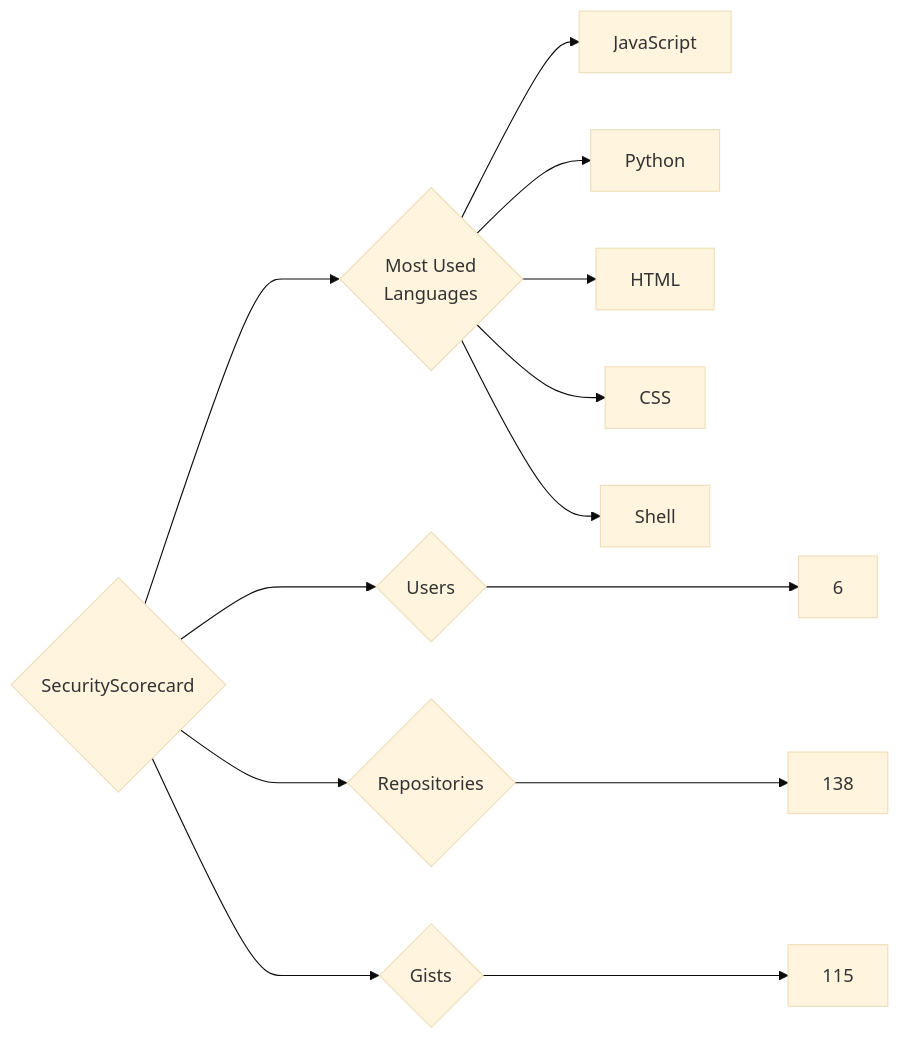
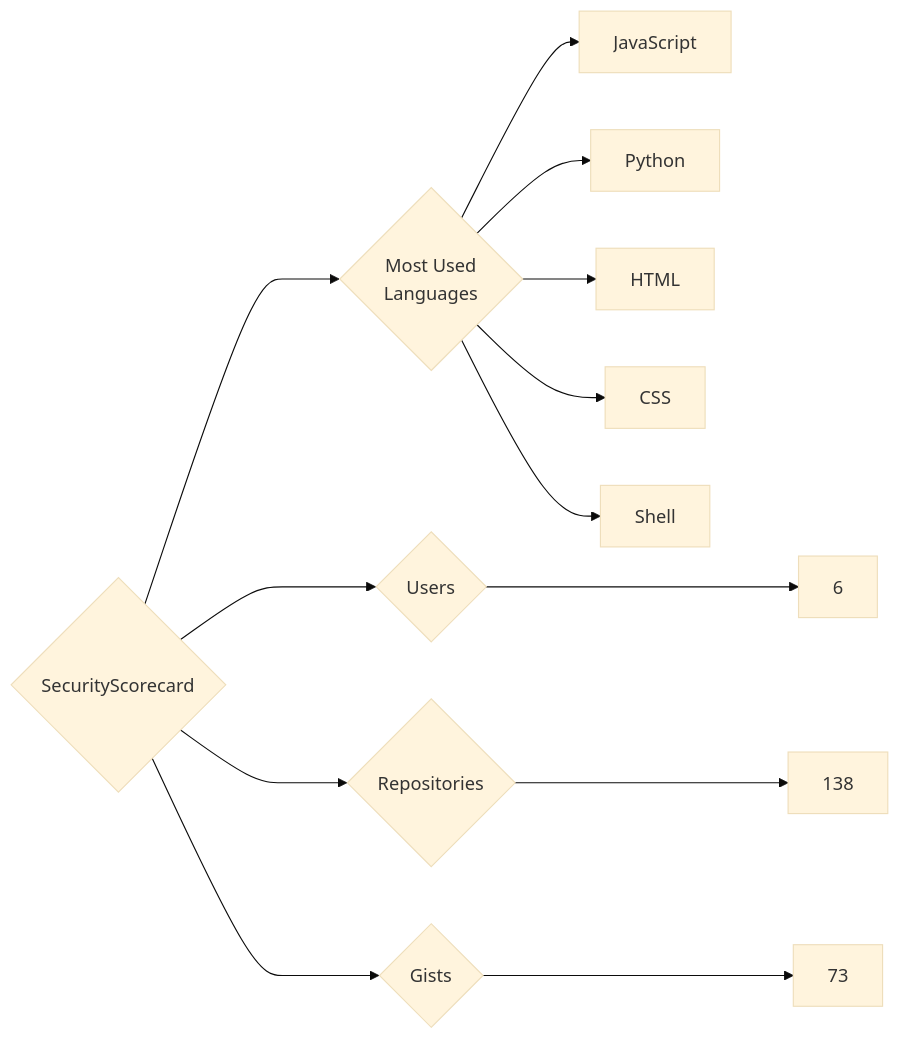
One commit to trickest/insiders changed the diagram in targets/SecurityScorecard/README.md. Above: the diagram before and after it, drawn with Mermaid (base theme). The commit also changed 953 other files, not shown here.

````diff
--- a/targets/SecurityScorecard/README.md
+++ b/targets/SecurityScorecard/README.md
@@ -3,13 +3,13 @@
 ```mermaid
 graph LR
 COMPANY_NAME{SecurityScorecard}
 COMPANY_NAME ---> U{Users} ---> UN[6]
 COMPANY_NAME ---> R{Repositories} ---> RN[138]
-COMPANY_NAME ---> G{Gists} ---> GN[115]
+COMPANY_NAME ---> G{Gists} ---> GN[73]
 COMPANY_NAME ---> ML{Most Used<br>Languages}
 ML --> JavaScript[JavaScript]
 ML --> Python[Python]
 ML --> HTML[HTML]
 ML --> CSS[CSS]
 ML --> Shell[Shell]
 ```
````
